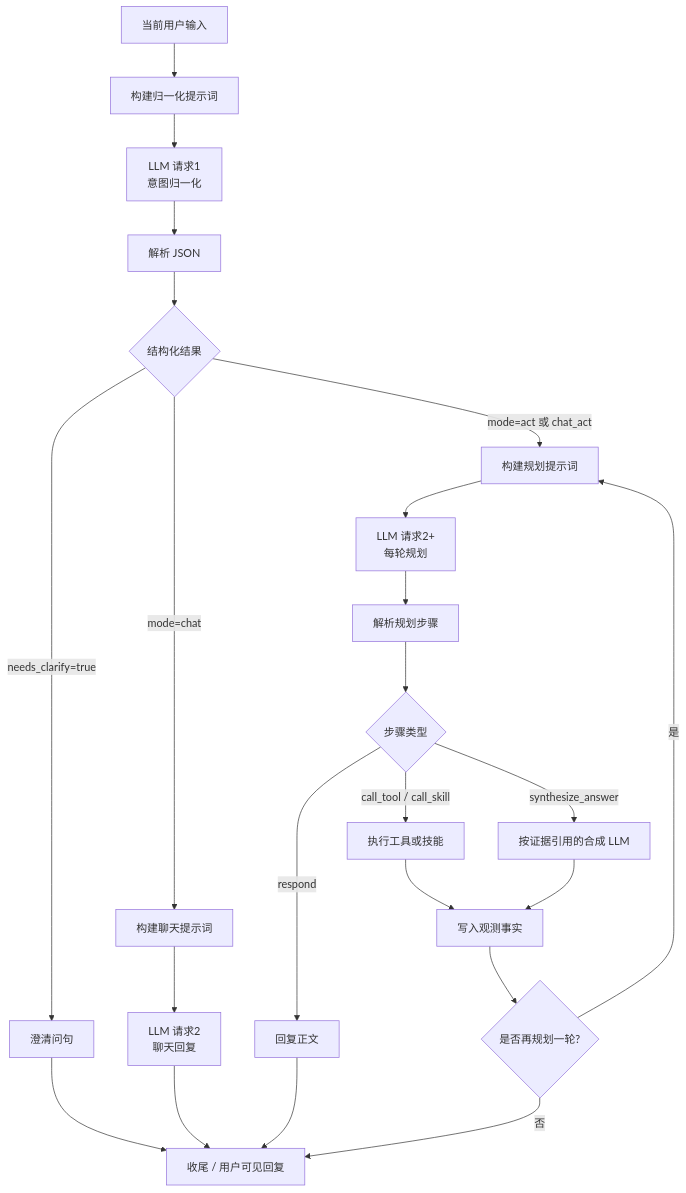
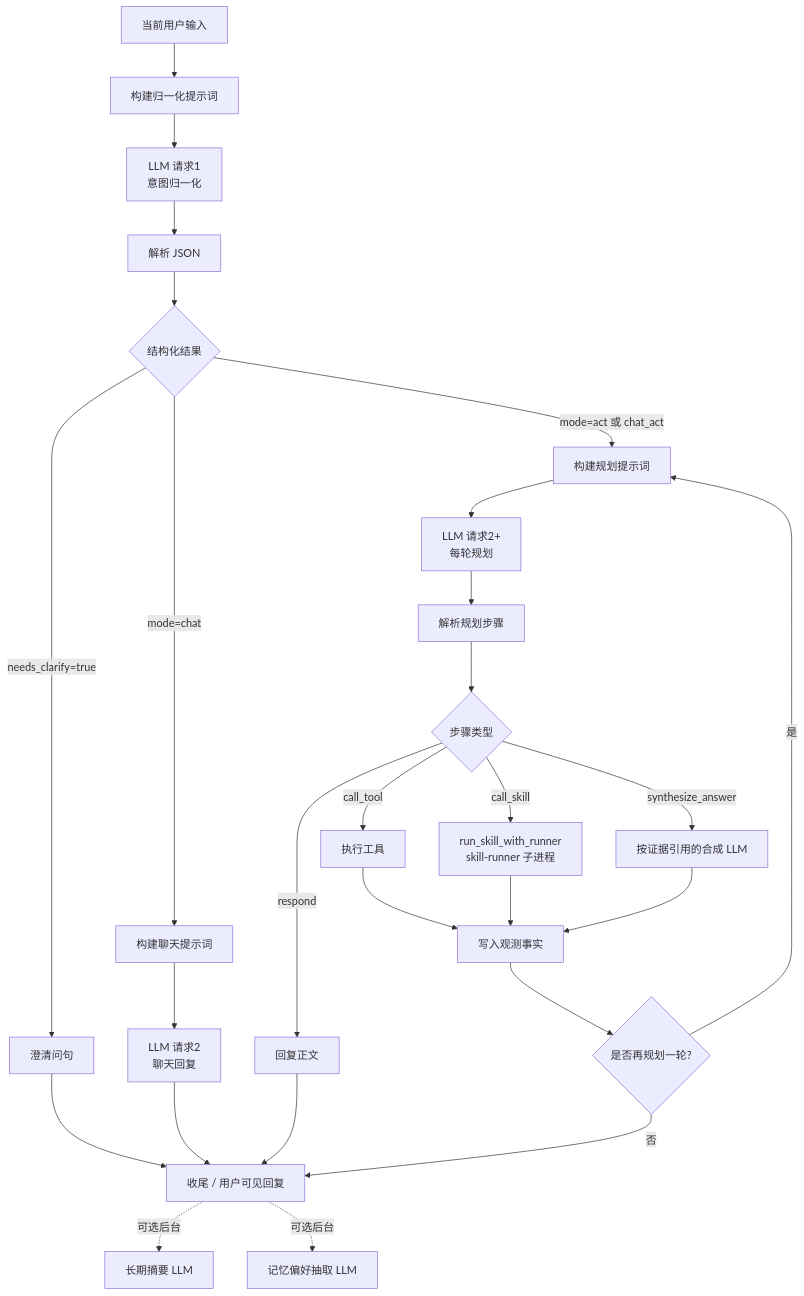
One commit to MatrixCoreX/RustClaw changed the second of 2 diagrams in README.zh-CN.md. Above: the diagram before and after it, drawn with Mermaid. The commit also changed other lines of this file and 1 other file, not shown here.

Commit message:
align README flowcharts with runtime

````diff
--- a/README.zh-CN.md
+++ b/README.zh-CN.md
@@ -63,25 +74,29 @@
 ```mermaid
 flowchart TD
     A[当前用户输入] --> B[构建归一化提示词]
     B --> C[LLM 请求1<br/>意图归一化]
     C --> D[解析 JSON]
     D --> E{结构化结果}
     E -->|needs_clarify=true| F[澄清问句]
     E -->|mode=chat| G[构建聊天提示词]
     E -->|mode=act 或 chat_act| H[构建规划提示词]
     G --> Ic[LLM 请求2<br/>聊天回复]
     Ic --> S[收尾 / 用户可见回复]
     F --> S
     H --> Ip[LLM 请求2+<br/>每轮规划]
     Ip --> J[解析规划步骤]
     J --> K{步骤类型}
     K -->|respond| L[回复正文]
-    K -->|call_tool / call_skill| M[执行工具或技能]
+    K -->|call_tool| M[执行工具]
+    K -->|call_skill| Ms[run_skill_with_runner<br/>skill-runner 子进程]
     K -->|synthesize_answer| N[按证据引用的合成 LLM]
     M --> O[写入观测事实]
+    Ms --> O
     N --> O
     O --> P{是否再规划一轮?}
     P -->|是| H
     P -->|否| S
     L --> S
+    S -. 可选后台 .-> T[长期摘要 LLM]
+    S -. 可选后台 .-> U[记忆偏好抽取 LLM]
 ```
````
